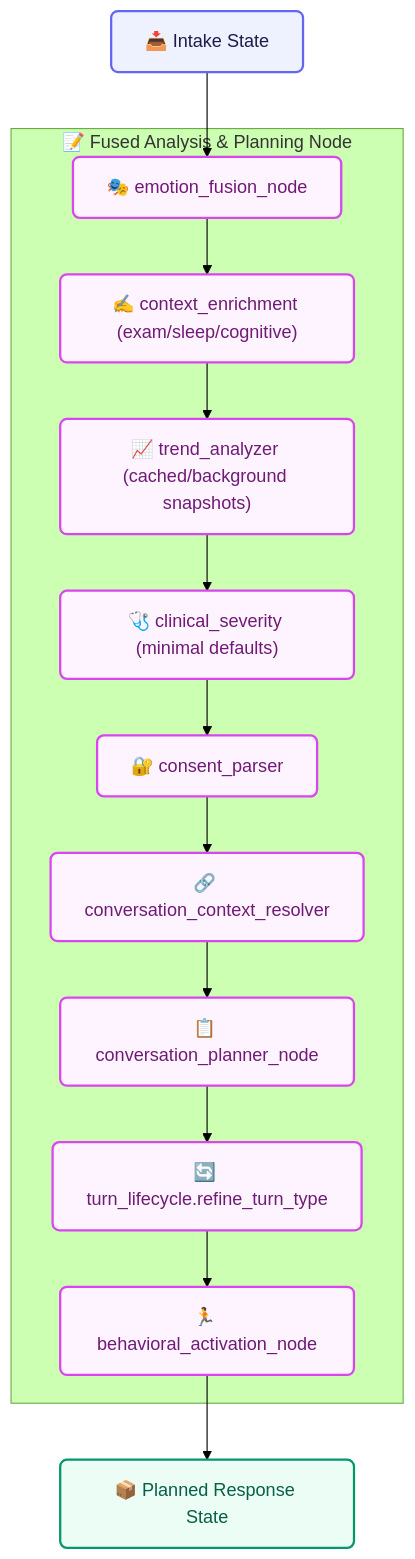
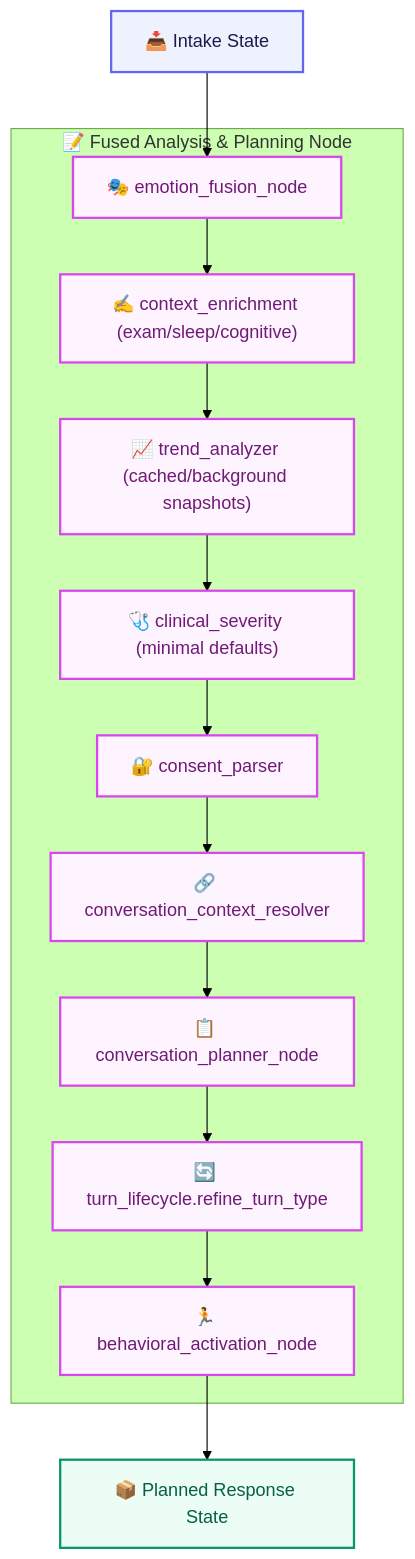
Before and after one commit to taha-mehmood-03/Personlaized-Trainer-Using-Agentic-AI: the seventh of 21 diagrams in README.md, drawn with Mermaid (forest theme). The commit also changed other lines of this file and 87 other files, not shown here.

````diff
--- a/README.md
+++ b/README.md
@@ -475,34 +628,34 @@
 ```mermaid
 flowchart TD
     %% Class Definitions
-    classDef state fill:#EEF2FF,stroke:#6366F1,stroke-width:2px,color:#1E1B4B,rx:6px,ry:6px;
-    classDef subnode fill:#FDF4FF,stroke:#D946EF,stroke-width:2px,color:#701A75,rx:6px,ry:6px;
-    classDef output fill:#ECFDF5,stroke:#059669,stroke-width:2px,color:#065F46,rx:6px,ry:6px;
+    classDef state fill:#EEF2FF,stroke:#6366F1,stroke-width:2px,color:#1E1B4B;
+    classDef subnode fill:#FDF4FF,stroke:#D946EF,stroke-width:2px,color:#701A75;
+    classDef output fill:#ECFDF5,stroke:#059669,stroke-width:2px,color:#065F46;
 
     IntakeState["📥 Intake State"]:::state
     
     subgraph FusedPlanning["📝 Fused Analysis & Planning Node"]
         Fusion["🎭 emotion_fusion_node"]:::subnode
         ContextEnrich["✍️ context_enrichment (exam/sleep/cognitive)"]:::subnode
         Trend["📈 trend_analyzer (cached/background snapshots)"]:::subnode
         Clinical["🩺 clinical_severity (minimal defaults)"]:::subnode
         Consent["🔐 consent_parser"]:::subnode
         Resolver["🔗 conversation_context_resolver"]:::subnode
         Planner["📋 conversation_planner_node"]:::subnode
         Lifecycle["🔄 turn_lifecycle.refine_turn_type"]:::subnode
         Activation["🏃 behavioral_activation_node"]:::subnode
     end
     
     PlannedState["📦 Planned Response State"]:::output
 
     IntakeState --> Fusion
     Fusion --> ContextEnrich
     ContextEnrich --> Trend
     Trend --> Clinical
     Clinical --> Consent
     Consent --> Resolver
     Resolver --> Planner
     Planner --> Lifecycle
     Lifecycle --> Activation
     Activation --> PlannedState
 ```
````
